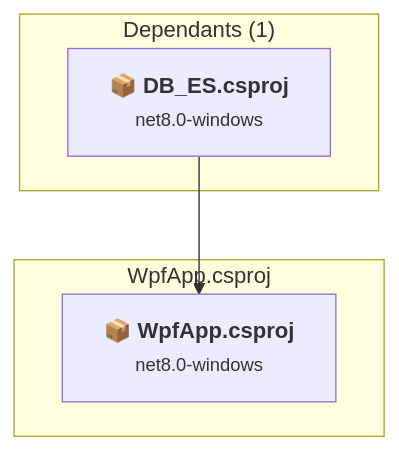
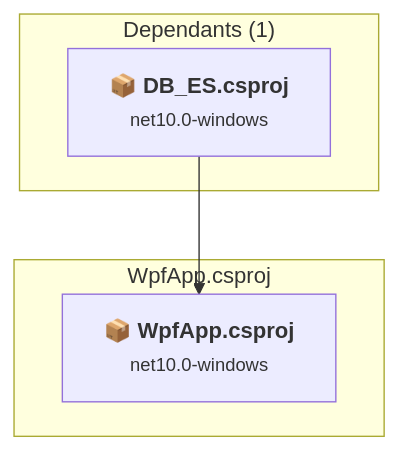
One commit to wm87/employee-management changed the third of 3 diagrams in .github/upgrades/scenarios/dotnet-version-upgrade/assessment.md. Above: the diagram before and after it, drawn with Mermaid. The commit also changed other lines of this file and 12 other files, not shown here.

````diff
--- a/.github/upgrades/scenarios/dotnet-version-upgrade/assessment.md
+++ b/.github/upgrades/scenarios/dotnet-version-upgrade/assessment.md
@@ -222,13 +235,13 @@
 ```mermaid
 flowchart TB
     subgraph upstream["Dependants (1)"]
-        P2["<b>📦&nbsp;DB_ES.csproj</b><br/><small>net8.0-windows</small>"]
+        P2["<b>📦&nbsp;DB_ES.csproj</b><br/><small>net10.0-windows</small>"]
         click P2 "#db_esdb_escsproj"
     end
     subgraph current["WpfApp.csproj"]
-        MAIN["<b>📦&nbsp;WpfApp.csproj</b><br/><small>net8.0-windows</small>"]
+        MAIN["<b>📦&nbsp;WpfApp.csproj</b><br/><small>net10.0-windows</small>"]
         click MAIN "#wpfappwpfappcsproj"
     end
     P2 --> MAIN
 
 ```
````
